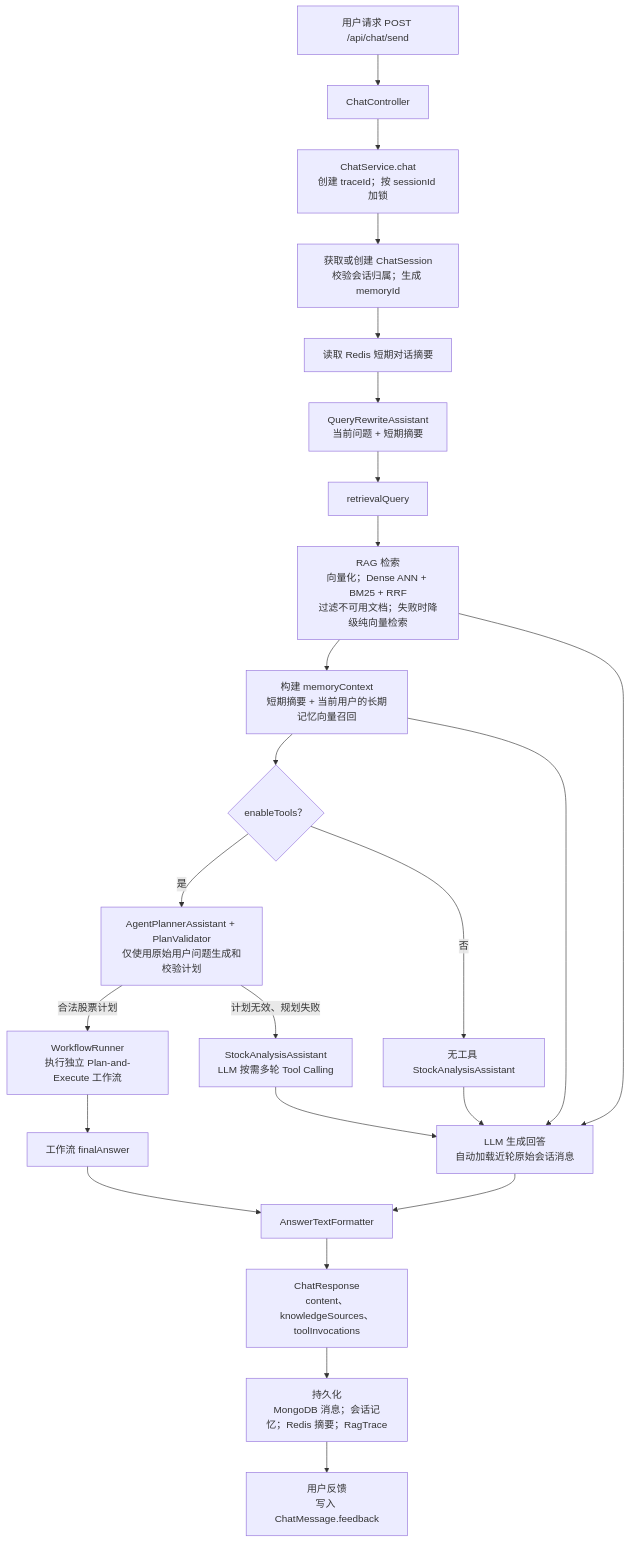
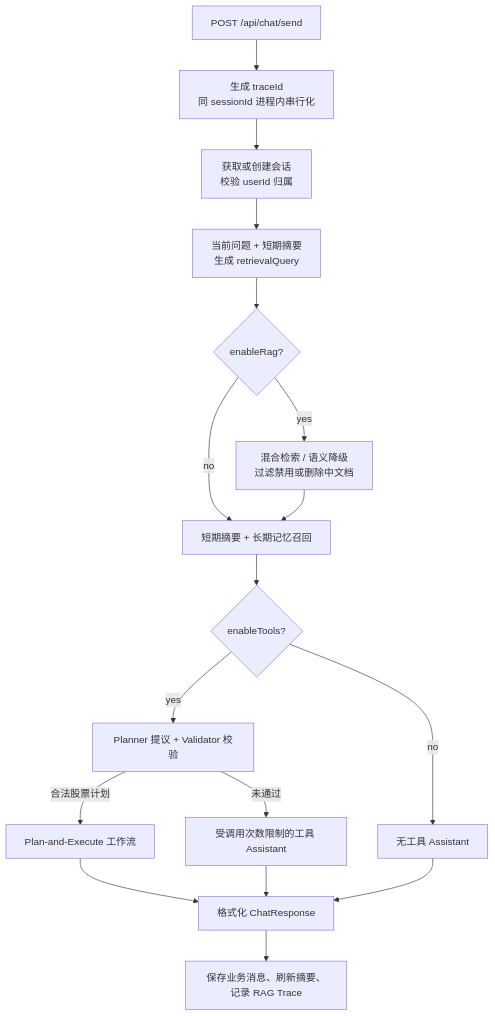
The second of 3 diagrams in README.md (LJLExplorer/ai-stock-agent-langchain4j), drawn with Mermaid before and after one commit. The commit also changed other lines of this file and 4 other files, not shown here.

````diff
--- a/README.md
+++ b/README.md
@@ -82,26 +76,19 @@
 ```mermaid
 flowchart TD
-    request["用户请求 POST /api/chat/send"] --> controller["ChatController"]
-    controller --> chat["ChatService.chat\n创建 traceId；按 sessionId 加锁"]
-    chat --> session["获取或创建 ChatSession\n校验会话归属；生成 memoryId"]
-    session --> summary["读取 Redis 短期对话摘要"]
-    summary --> rewrite["QueryRewriteAssistant\n当前问题 + 短期摘要"]
-    rewrite --> query["retrievalQuery"]
-    query --> rag["RAG 检索\n向量化；Dense ANN + BM25 + RRF\n过滤不可用文档；失败时降级纯向量检索"]
-    rag --> memory["构建 memoryContext\n短期摘要 + 当前用户的长期记忆向量召回"]
-    memory --> toolSwitch{"enableTools？"}
-    toolSwitch -->|是| planner["AgentPlannerAssistant + PlanValidator\n仅使用原始用户问题生成和校验计划"]
-    toolSwitch -->|否| noTools["无工具 StockAnalysisAssistant"]
-    planner -->|合法股票计划| workflow["WorkflowRunner\n执行独立 Plan-and-Execute 工作流"]
-    planner -->|计划无效、规划失败| agent["StockAnalysisAssistant\nLLM 按需多轮 Tool Calling"]
-    workflow --> finalAnswer["工作流 finalAnswer"]
-    agent --> responseModel["LLM 生成回答\n自动加载近轮原始会话消息"]
-    noTools --> responseModel
-    rag --> responseModel
-    memory --> responseModel
-    finalAnswer --> format["AnswerTextFormatter"]
-    responseModel --> format
-    format --> response["ChatResponse\ncontent、knowledgeSources、toolInvocations"]
-    response --> persistence["持久化\nMongoDB 消息；会话记忆；Redis 摘要；RagTrace"]
-    persistence --> feedback["用户反馈\n写入 ChatMessage.feedback"]
+    Request["POST /api/chat/send"] --> Trace["生成 traceId<br/>同 sessionId 进程内串行化"]
+    Trace --> Session["获取或创建会话<br/>校验 userId 归属"]
+    Session --> Rewrite["当前问题 + 短期摘要<br/>生成 retrievalQuery"]
+    Rewrite --> RagSwitch{"enableRag?"}
+    RagSwitch -->|yes| Retrieval["混合检索 / 语义降级<br/>过滤禁用或删除中文档"]
+    RagSwitch -->|no| Memory
+    Retrieval --> Memory["短期摘要 + 长期记忆召回"]
+    Memory --> ToolSwitch{"enableTools?"}
+    ToolSwitch -->|no| NoTool["无工具 Assistant"]
+    ToolSwitch -->|yes| Plan["Planner 提议 + Validator 校验"]
+    Plan -->|合法股票计划| Workflow["Plan-and-Execute 工作流"]
+    Plan -->|未通过| FullAgent["受调用次数限制的工具 Assistant"]
+    Workflow --> Response["格式化 ChatResponse"]
+    FullAgent --> Response
+    NoTool --> Response
+    Response --> Persist["保存业务消息、刷新摘要、记录 RAG Trace"]
 ```
````
